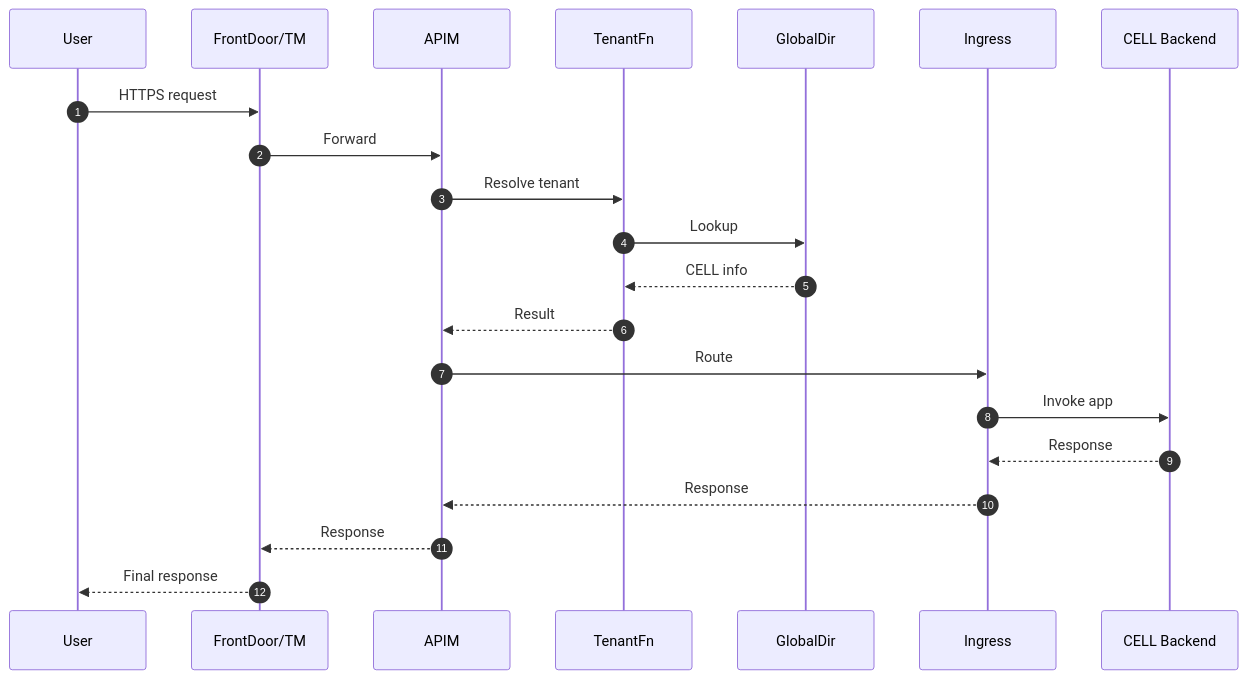
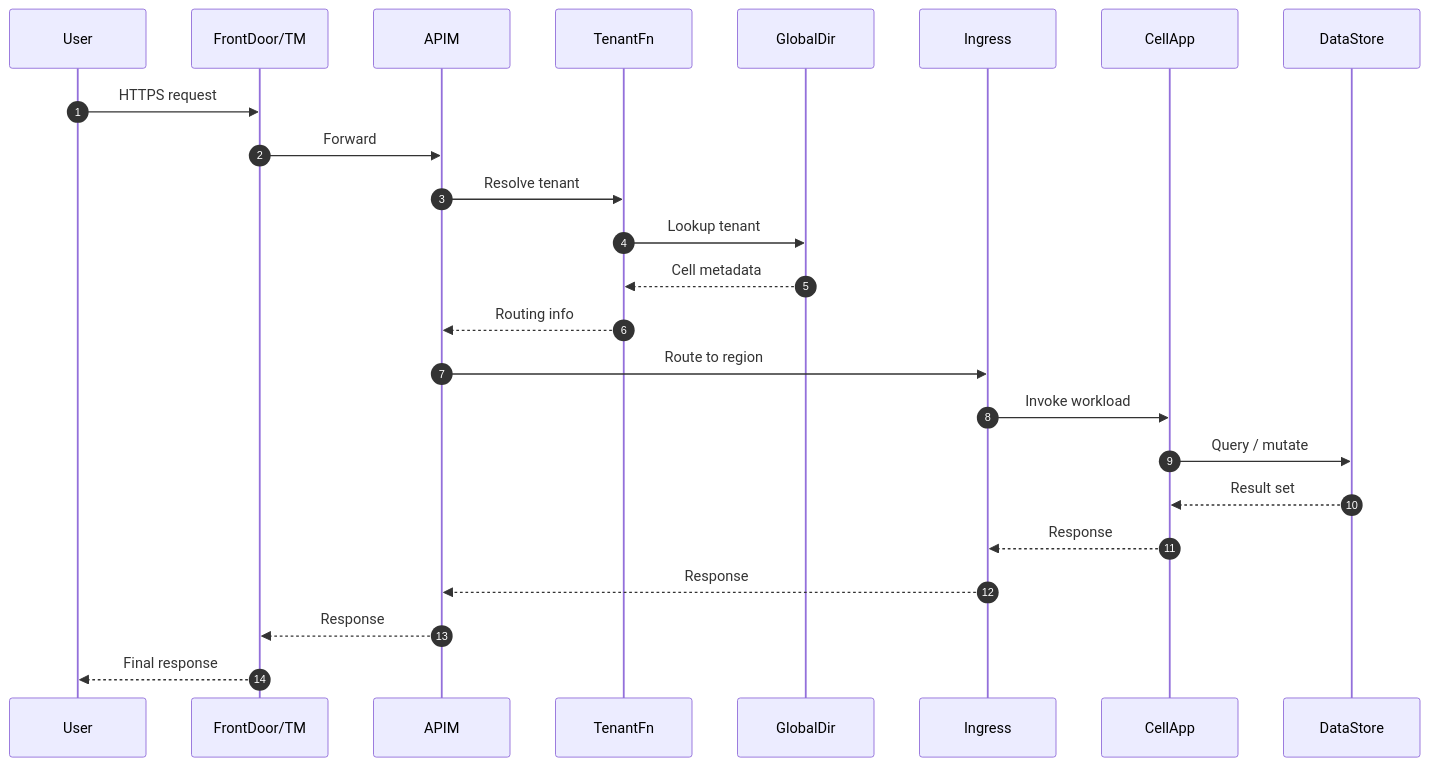
Before and after one commit to srnichols/StampsPattern: the third of 5 diagrams in docs/Azure_Stamps_Pattern_Analysis_WhitePaper.md, drawn with Mermaid. The commit also changed other lines of this file, not shown here.

Commit message:
Whitepaper: refine diagrams (render-safe flow + operator sequence)

````diff
--- a/docs/Azure_Stamps_Pattern_Analysis_WhitePaper.md
+++ b/docs/Azure_Stamps_Pattern_Analysis_WhitePaper.md
@@ -93,23 +97,26 @@
 ```mermaid
 sequenceDiagram
-  autonumber
-  participant User as User
-  participant FD as FrontDoor/TM
-  participant APIM as APIM
-  participant GFunc as TenantFn
-  participant GDB as GlobalDir
-  participant AG as Ingress
-  participant CELL as CELL Backend
-  User->>FD: HTTPS request
-  FD->>APIM: Forward
-  APIM->>GFunc: Resolve tenant
-  GFunc->>GDB: Lookup
-  GDB-->>GFunc: CELL info
-  GFunc-->>APIM: Result
-  APIM->>AG: Route
-  AG->>CELL: Invoke app
-  CELL-->>AG: Response
-  AG-->>APIM: Response
-  APIM-->>FD: Response
-  FD-->>User: Final response
+    autonumber
+    participant U as User
+    participant FD as FrontDoor/TM
+    participant APIM as APIM
+    participant TL as TenantFn
+    participant GDB as GlobalDir
+    participant AG as Ingress
+    participant CELL as CellApp
+    participant DATA as DataStore
+    U->>FD: HTTPS request
+    FD->>APIM: Forward
+    APIM->>TL: Resolve tenant
+    TL->>GDB: Lookup tenant
+    GDB-->>TL: Cell metadata
+    TL-->>APIM: Routing info
+    APIM->>AG: Route to region
+    AG->>CELL: Invoke workload
+    CELL->>DATA: Query / mutate
+    DATA-->>CELL: Result set
+    CELL-->>AG: Response
+    AG-->>APIM: Response
+    APIM-->>FD: Response
+    FD-->>U: Final response
 ```
````
